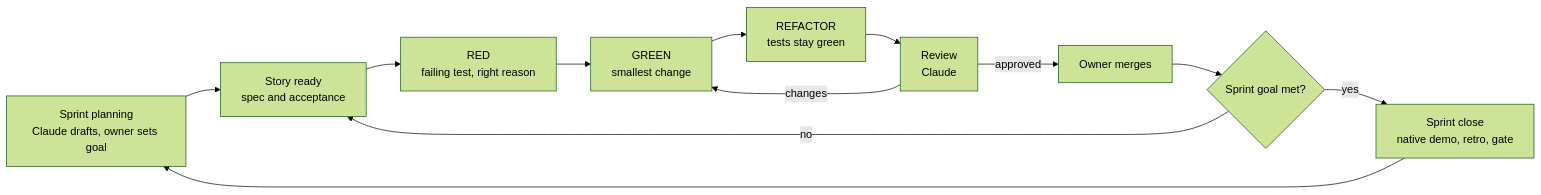
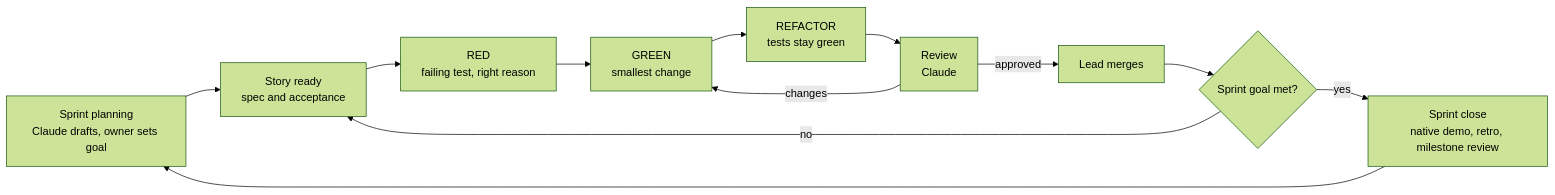
One commit to xuzhiren023/gcc_knc changed the diagram in docs/DEVELOPMENT_CYCLE.md. Above: the diagram before and after it, drawn with Mermaid (forest theme). The commit also changed other lines of this file and 32 other files, not shown here.

````diff
--- a/docs/DEVELOPMENT_CYCLE.md
+++ b/docs/DEVELOPMENT_CYCLE.md
@@ -12,14 +14,14 @@
 ```mermaid
 flowchart LR
     P[Sprint planning<br/>Claude drafts, owner sets goal] --> S[Story ready<br/>spec and acceptance]
     S --> R[RED<br/>failing test, right reason]
     R --> G[GREEN<br/>smallest change]
     G --> F[REFACTOR<br/>tests stay green]
     F --> V[Review<br/>Claude]
     V -->|changes| G
-    V -->|approved| M[Owner merges]
+    V -->|approved| M[Lead merges]
     M --> N{Sprint goal met?}
     N -->|no| S
-    N -->|yes| D[Sprint close<br/>native demo, retro, gate]
+    N -->|yes| D[Sprint close<br/>native demo, retro, milestone review]
     D --> P
 ```
````
